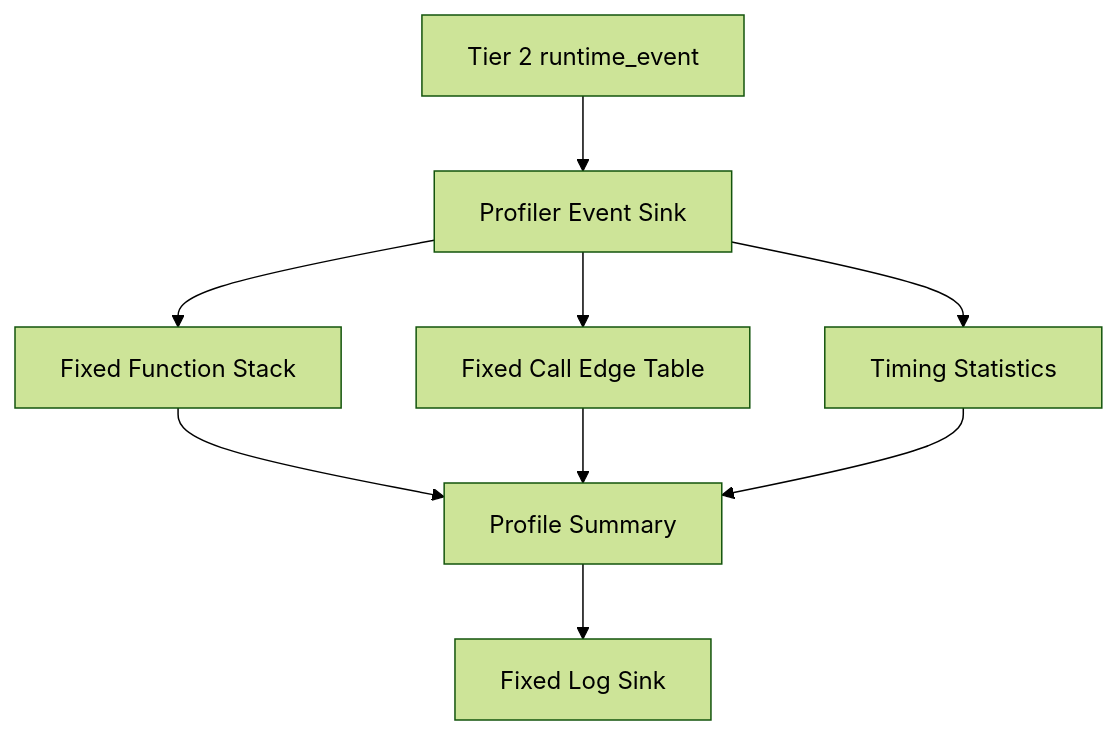
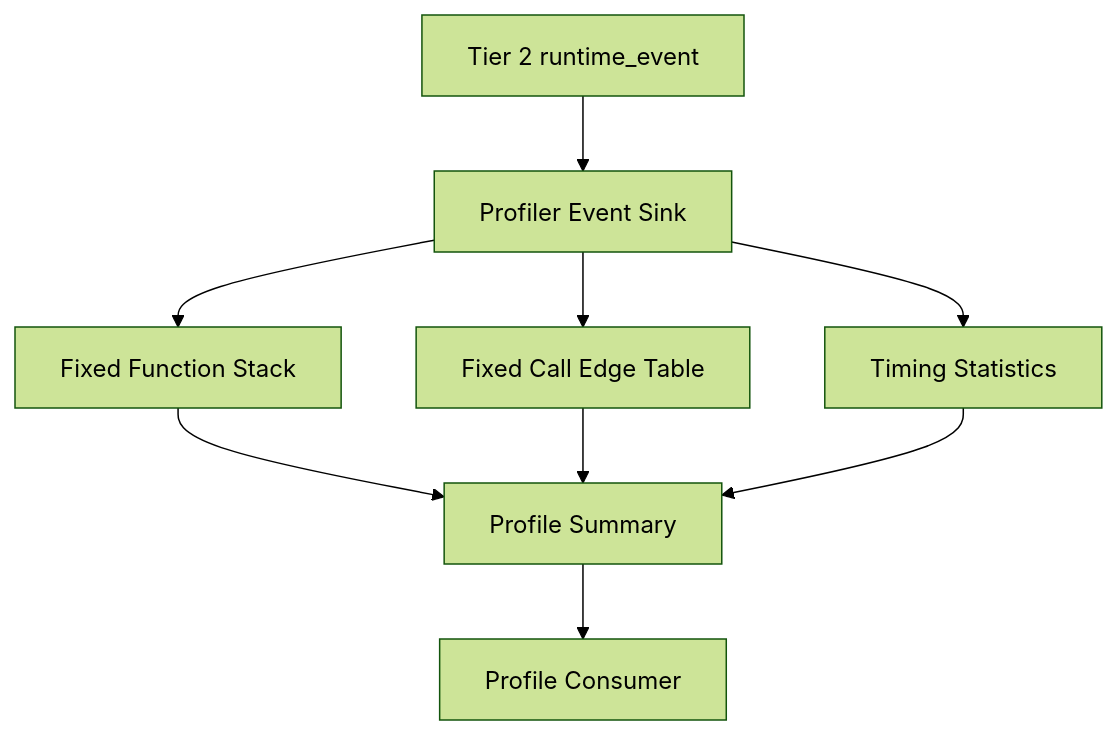
One commit to kmt-t/fireball changed the diagram in docs/components/tier3_plugins/guest_profiler.md. Above: the diagram before and after it, drawn with Mermaid (forest theme). The commit also changed other lines of this file and 170 other files, not shown here.

````diff
--- a/docs/components/tier3_plugins/guest_profiler.md
+++ b/docs/components/tier3_plugins/guest_profiler.md
@@ -27,11 +29,11 @@
 ```mermaid
 graph TD
     Events[Tier 2 runtime_event] --> Sink[Profiler Event Sink]
     Sink --> Stack[Fixed Function Stack]
     Sink --> Edges[Fixed Call Edge Table]
     Sink --> Times[Timing Statistics]
     Stack --> Summary[Profile Summary]
     Edges --> Summary
     Times --> Summary
-    Summary --> Log[Fixed Log Sink]
+    Summary --> Caller[Profile Consumer]
 ```
````
